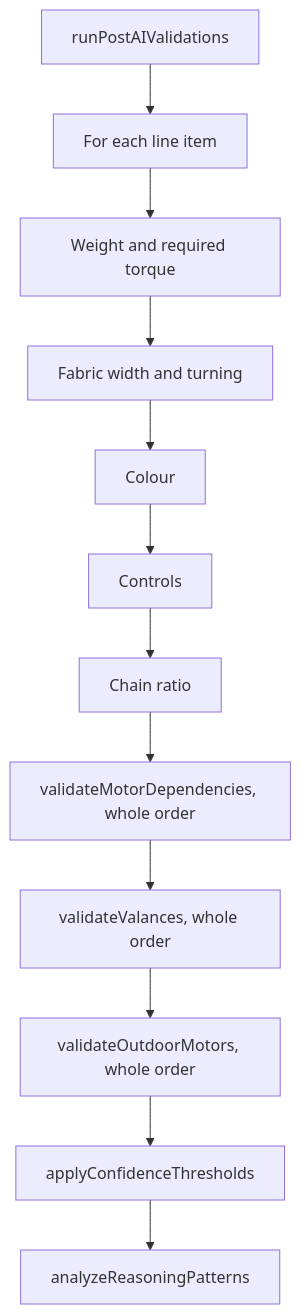
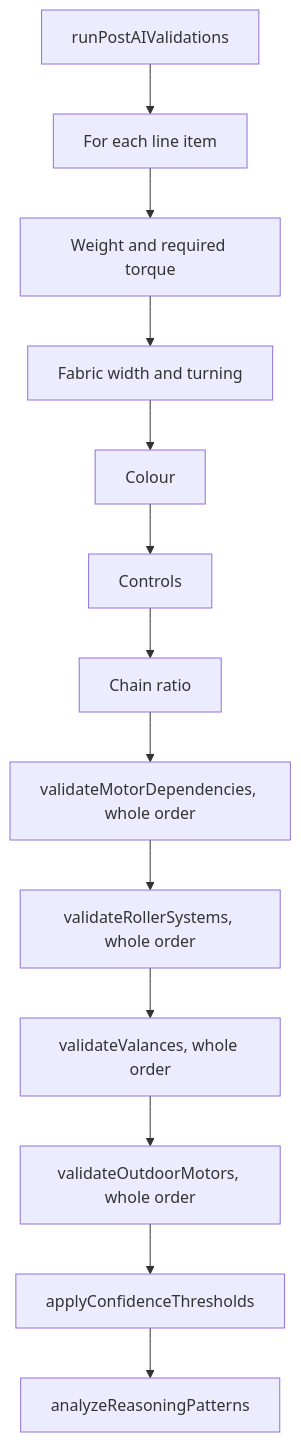
One commit to RussedyBussedy/OrderBot changed the diagram in docs/comparison/validations.md. Above: the diagram before and after it, drawn with Mermaid. The commit also changed other lines of this file and 14 other files, not shown here.

````diff
--- a/docs/comparison/validations.md
+++ b/docs/comparison/validations.md
@@ -16,14 +16,15 @@
 ```mermaid
 flowchart TD
     S["runPostAIValidations"] --> L["For each line item"]
     L --> W["Weight and required torque"]
     W --> F["Fabric width and turning"]
     F --> C["Colour"]
     C --> K["Controls"]
     K --> CH["Chain ratio"]
     CH --> M["validateMotorDependencies, whole order"]
-    M --> V["validateValances, whole order"]
+    M --> RS["validateRollerSystems, whole order"]
+    RS --> V["validateValances, whole order"]
     V --> O["validateOutdoorMotors, whole order"]
     O --> T["applyConfidenceThresholds"]
     T --> R["analyzeReasoningPatterns"]
 ```
````
